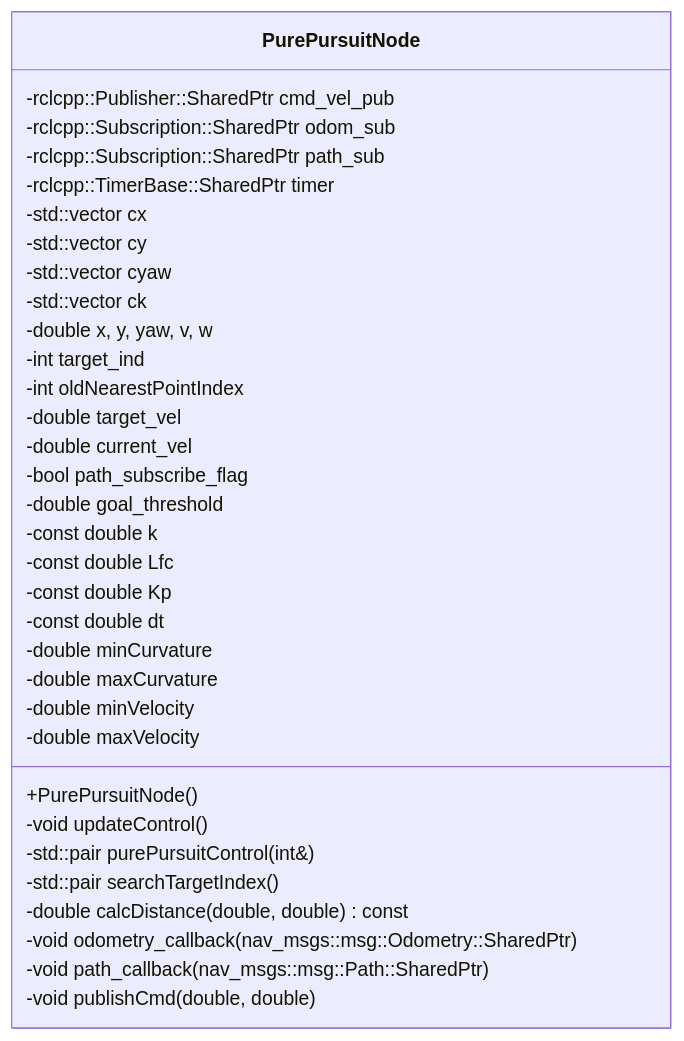
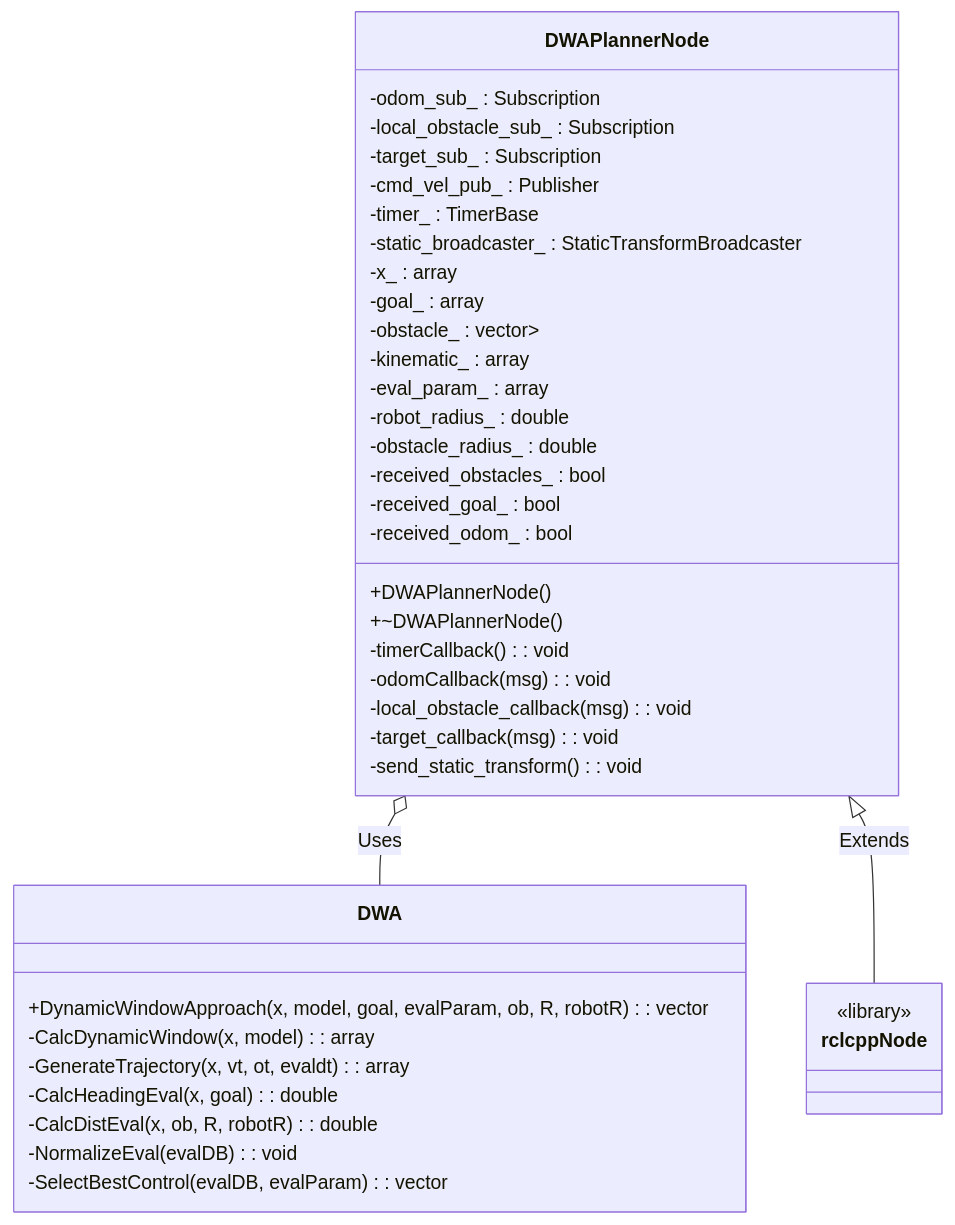
Before and after one commit to Arcanain/dwa_planner: the first of 3 diagrams in README.md, drawn with Mermaid.

````diff
--- a/README.md
+++ b/README.md
@@ -81,36 +81,43 @@
 ```mermaid
 classDiagram
-    class PurePursuitNode {
-        +PurePursuitNode()
-        -void updateControl()
-        -std::pair<double, double> purePursuitControl(int&)
-        -std::pair<int, double> searchTargetIndex()
-        -double calcDistance(double, double) const
-        -void odometry_callback(nav_msgs::msg::Odometry::SharedPtr)
-        -void path_callback(nav_msgs::msg::Path::SharedPtr)
-        -void publishCmd(double, double)
-        -rclcpp::Publisher<geometry_msgs::msg::Twist>::SharedPtr cmd_vel_pub
-        -rclcpp::Subscription<nav_msgs::msg::Odometry>::SharedPtr odom_sub
-        -rclcpp::Subscription<nav_msgs::msg::Path>::SharedPtr path_sub
-        -rclcpp::TimerBase::SharedPtr timer
-        -std::vector<double> cx
-        -std::vector<double> cy
-        -std::vector<double> cyaw
-        -std::vector<double> ck
-        -double x, y, yaw, v, w
-        -int target_ind
-        -int oldNearestPointIndex
-        -double target_vel
-        -double current_vel
-        -bool path_subscribe_flag
-        -double goal_threshold
-        -const double k
-        -const double Lfc
-        -const double Kp
-        -const double dt
-        -double minCurvature
-        -double maxCurvature
-        -double minVelocity
-        -double maxVelocity
+    class DWA {
+        +DynamicWindowApproach(x, model, goal, evalParam, ob, R, robotR) : vector<double>
+        -CalcDynamicWindow(x, model) : array<double, 4>
+        -GenerateTrajectory(x, vt, ot, evaldt) : array<double, 5>
+        -CalcHeadingEval(x, goal) : double
+        -CalcDistEval(x, ob, R, robotR) : double
+        -NormalizeEval(evalDB) : void
+        -SelectBestControl(evalDB, evalParam) : vector<double>
     }
+    class DWAPlannerNode {
+        +DWAPlannerNode()
+        +~DWAPlannerNode()
+        -timerCallback() : void
+        -odomCallback(msg) : void
+        -local_obstacle_callback(msg) : void
+        -target_callback(msg) : void
+        -send_static_transform() : void
+        -odom_sub_ : Subscription<nav_msgs::msg::Odometry>
+        -local_obstacle_sub_ : Subscription<visualization_msgs::msg::MarkerArray>
+        -target_sub_ : Subscription<geometry_msgs::msg::PoseStamped>
+        -cmd_vel_pub_ : Publisher<geometry_msgs::msg::Twist>
+        -timer_ : TimerBase
+        -static_broadcaster_ : StaticTransformBroadcaster
+        -x_ : array<double, 5>
+        -goal_ : array<double, 2>
+        -obstacle_ : vector<array<double, 2>>
+        -kinematic_ : array<double, 6>
+        -eval_param_ : array<double, 4>
+        -robot_radius_ : double
+        -obstacle_radius_ : double
+        -received_obstacles_ : bool
+        -received_goal_ : bool
+        -received_odom_ : bool
+    }
+    class rclcppNode {
+        <<library>>
+    }
+
+    DWAPlannerNode o-- DWA : Uses
+    DWAPlannerNode <|-- rclcppNode : Extends
 ```
````
